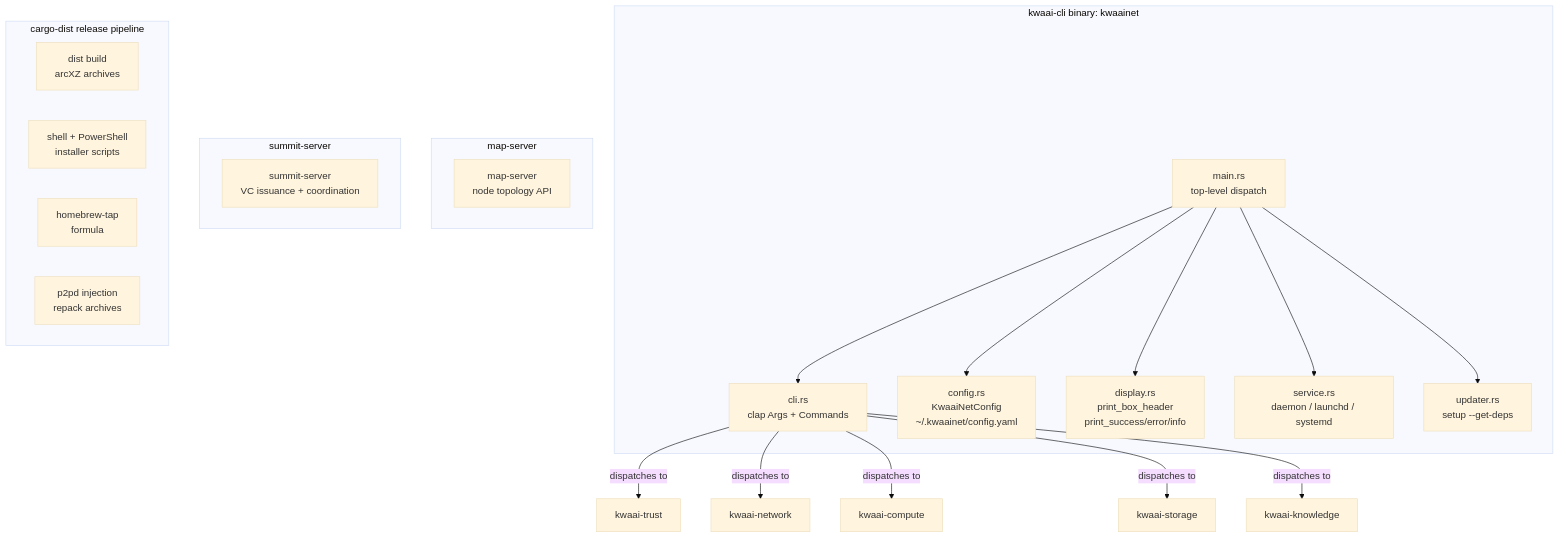
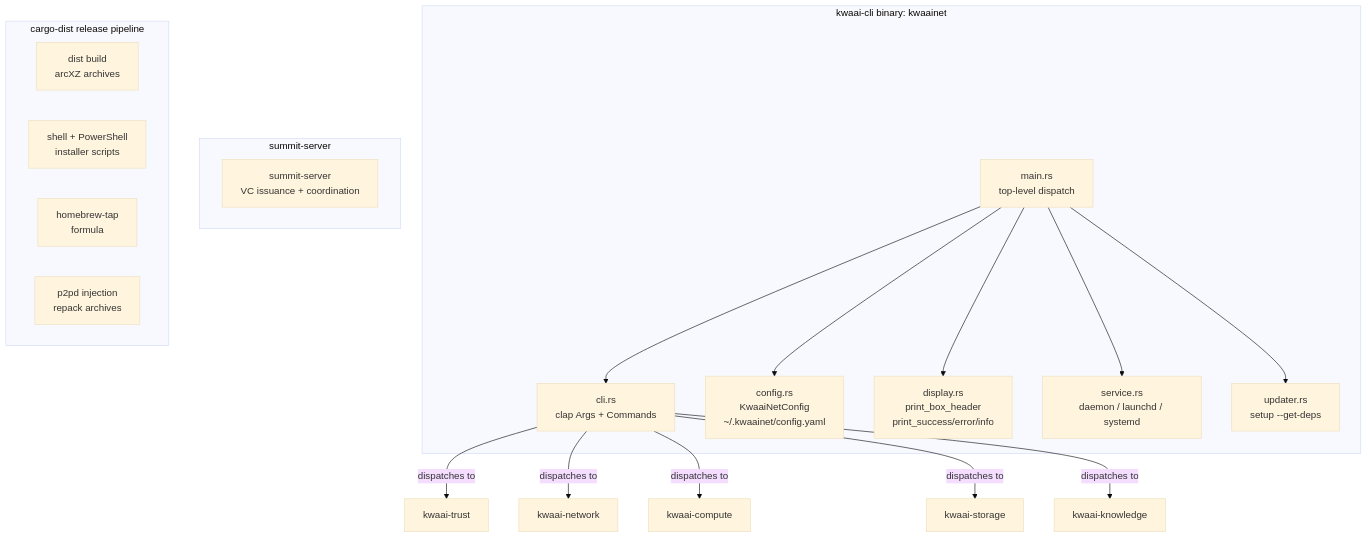
Before and after one commit to Kwaai-AI-Lab/KwaaiNet: the first of 2 diagrams in projects/kwaai-platform/design/overview.md, drawn with Mermaid (base theme). The commit also changed 57 other files, not shown here.

````diff
--- a/projects/kwaai-platform/design/overview.md
+++ b/projects/kwaai-platform/design/overview.md
@@ -17,38 +17,35 @@
 ```mermaid
 graph TD
     subgraph kwaai-cli [kwaai-cli binary: kwaainet]
         Main[main.rs\ntop-level dispatch]
         CLI[cli.rs\nclap Args + Commands]
         Config[config.rs\nKwaaiNetConfig\n~/.kwaainet/config.yaml]
         Display[display.rs\nprint_box_header\nprint_success/error/info]
         Service[service.rs\ndaemon / launchd / systemd]
         Updater[updater.rs\nsetup --get-deps]
 
         Main --> CLI
         Main --> Config
         Main --> Display
         Main --> Service
         Main --> Updater
     end
 
-    subgraph map-server
-        MapServer[map-server\nnode topology API]
-    end
 
     subgraph summit-server
         Summit[summit-server\nVC issuance + coordination]
     end
 
     subgraph Release [cargo-dist release pipeline]
         DistBuild[dist build\narcXZ archives]
         Installers[shell + PowerShell\ninstaller scripts]
         Homebrew[homebrew-tap\nformula]
         P2PDInject[p2pd injection\nrepack archives]
     end
 
     CLI --> |dispatches to| TRUST[kwaai-trust]
     CLI --> |dispatches to| NET[kwaai-network]
     CLI --> |dispatches to| COMP[kwaai-compute]
     CLI --> |dispatches to| STOR[kwaai-storage]
     CLI --> |dispatches to| KNOW[kwaai-knowledge]
 ```
````
